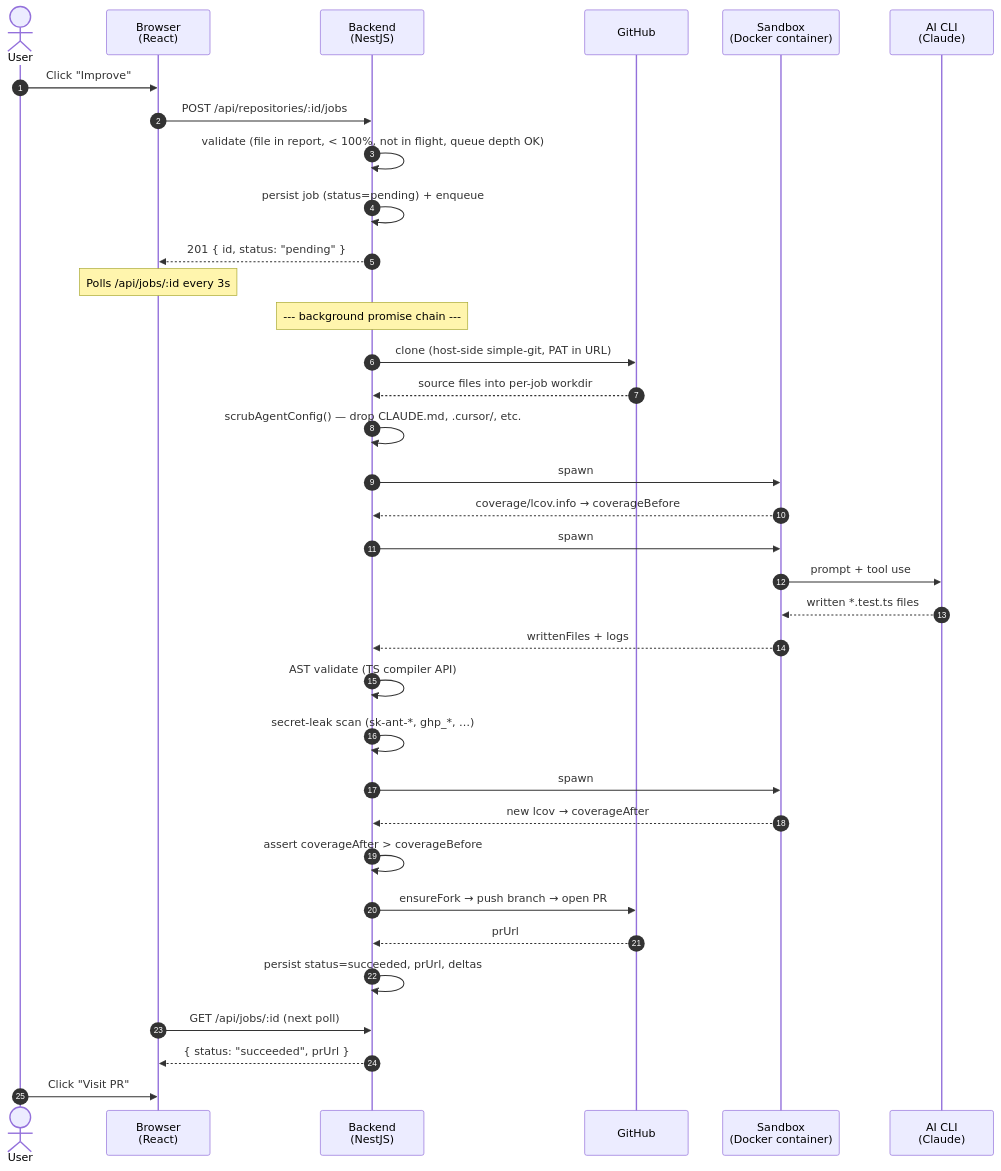
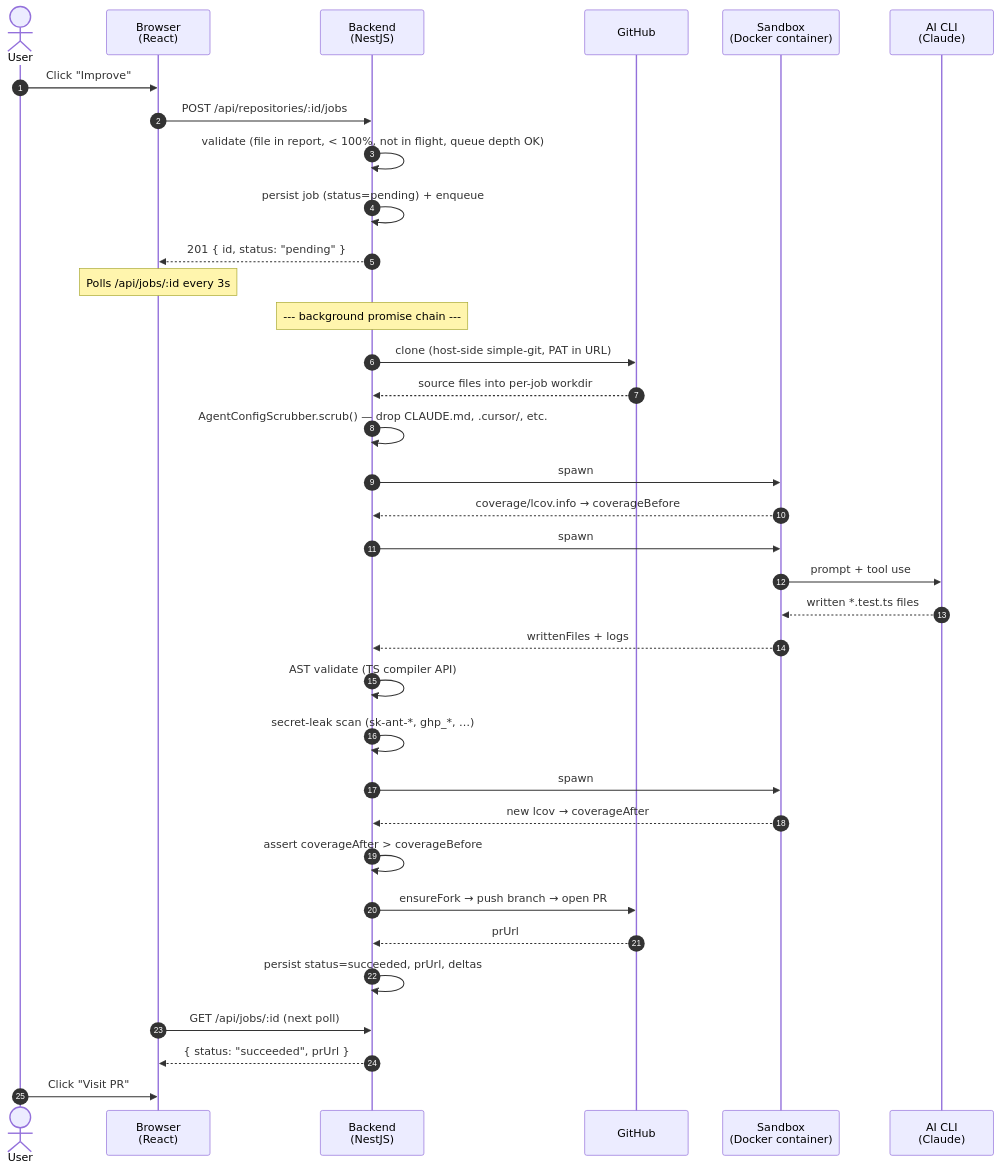
One commit to jmatom/ts-coverage-improver changed the second of 2 diagrams in docs/architecture.md. Above: the diagram before and after it, drawn with Mermaid. The commit also changed other lines of this file and 17 other files, not shown here.

````diff
--- a/docs/architecture.md
+++ b/docs/architecture.md
@@ -76,45 +76,45 @@
 ```mermaid
 sequenceDiagram
     autonumber
     actor User
     participant Browser as Browser<br/>(React)
     participant Backend as Backend<br/>(NestJS)
     participant GitHub
     participant Sandbox as Sandbox<br/>(Docker container)
     participant AI as AI CLI<br/>(Claude)
 
     User->>Browser: Click "Improve"
     Browser->>Backend: POST /api/repositories/:id/jobs
     Backend->>Backend: validate (file in report, < 100%, not in flight, queue depth OK)
     Backend->>Backend: persist job (status=pending) + enqueue
     Backend-->>Browser: 201 { id, status: "pending" }
     Note over Browser: Polls /api/jobs/:id every 3s
 
     Note over Backend: --- background promise chain ---
     Backend->>GitHub: clone (host-side simple-git, PAT in URL)
     GitHub-->>Backend: source files into per-job workdir
-    Backend->>Backend: scrubAgentConfig() — drop CLAUDE.md, .cursor/, etc.
+    Backend->>Backend: AgentConfigScrubber.scrub() — drop CLAUDE.md, .cursor/, etc.
 
     Backend->>Sandbox: spawn #1 — install + jest --coverage<br/>(env: none of the secrets)
     Sandbox-->>Backend: coverage/lcov.info → coverageBefore
 
     Backend->>Sandbox: spawn #2 — claude -p<br/>(env: ANTHROPIC_API_KEY only)
     Sandbox->>AI: prompt + tool use
     AI-->>Sandbox: written *.test.ts files
     Sandbox-->>Backend: writtenFiles + logs
 
     Backend->>Backend: AST validate (TS compiler API)
     Backend->>Backend: secret-leak scan (sk-ant-*, ghp_*, …)
 
     Backend->>Sandbox: spawn #3 — re-run install + tests<br/>(validation)
     Sandbox-->>Backend: new lcov → coverageAfter
     Backend->>Backend: assert coverageAfter > coverageBefore
 
     Backend->>GitHub: ensureFork → push branch → open PR
     GitHub-->>Backend: prUrl
     Backend->>Backend: persist status=succeeded, prUrl, deltas
 
     Browser->>Backend: GET /api/jobs/:id (next poll)
     Backend-->>Browser: { status: "succeeded", prUrl }
     User->>Browser: Click "Visit PR"
 ```
````
